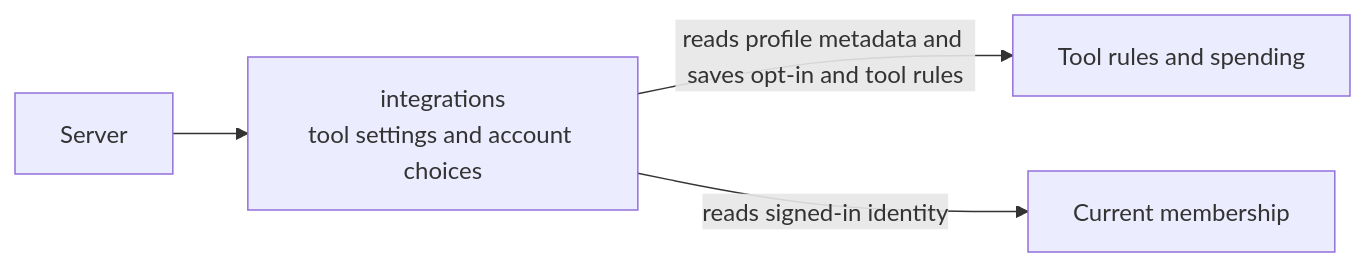
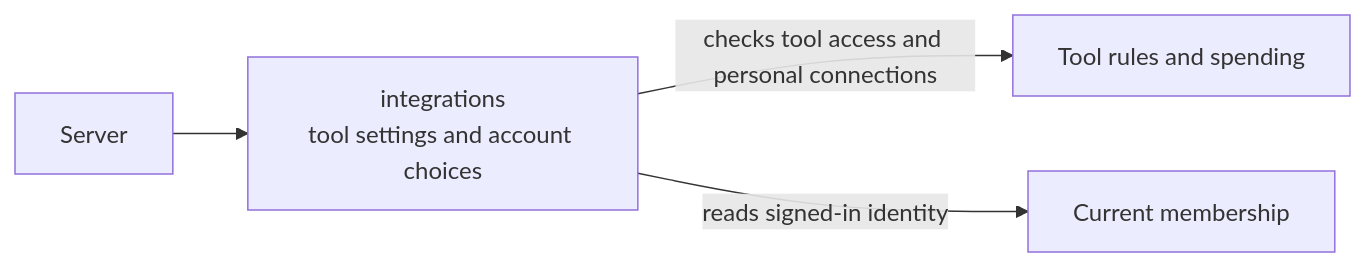
Before and after one commit to elewa-git/opencrane-new: the diagram in apps/server/src/integrations/README.md, drawn with Mermaid. The commit also changed other lines of this file and 29 other files, not shown here.

````diff
--- a/apps/server/src/integrations/README.md
+++ b/apps/server/src/integrations/README.md
@@ -75,6 +76,6 @@
 ```mermaid
 flowchart LR
   server[Server] --> integrations["integrations<br/>tool settings and account choices"]
-  integrations -->|reads profile metadata and saves opt-in and tool rules| models[Tool rules and spending]
+  integrations -->|checks tool access and personal connections| models[Tool rules and spending]
   integrations -->|reads signed-in identity| members[Current membership]
 ```
````
